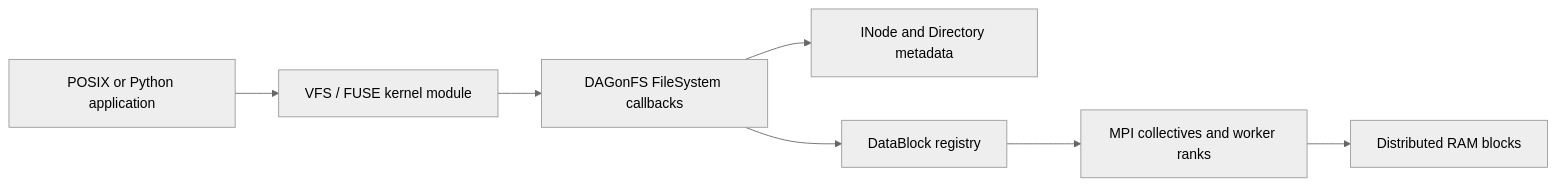
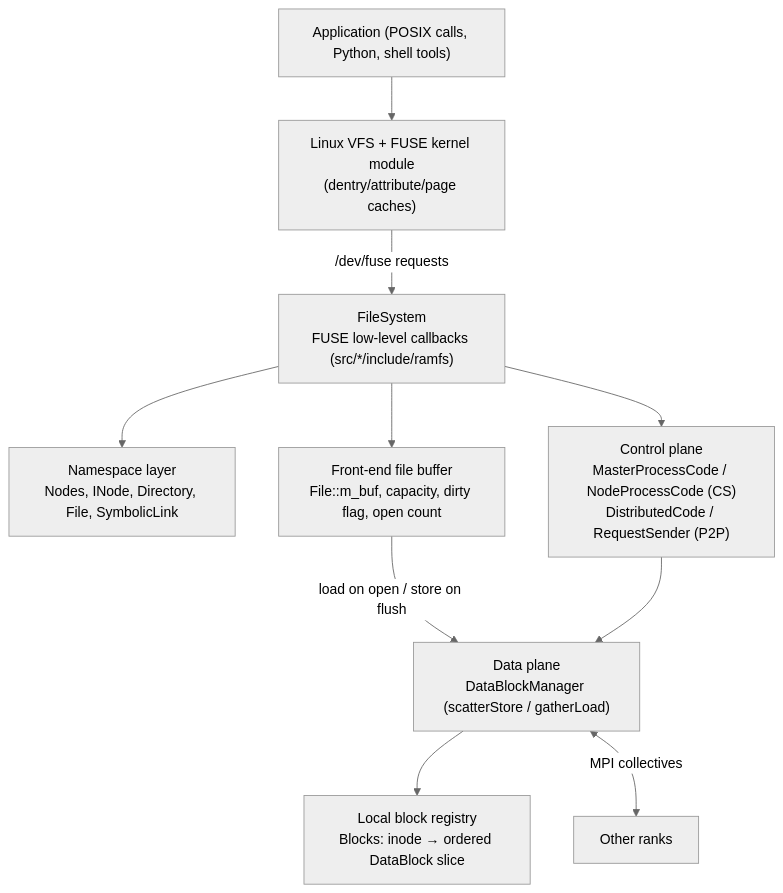
Before and after one commit to DagOnStar/DAGonFS: the second of 5 diagrams in docs/ARCHITECTURE.md, drawn with Mermaid (neutral theme). The commit also changed other lines of this file and 72 other files, not shown here.

First line of the commit message:
Fix data-plane memory safety, FUSE protocol and POSIX defects; add docs, tests and CI

````diff
--- a/docs/ARCHITECTURE.md
+++ b/docs/ARCHITECTURE.md
@@ -20,9 +36,12 @@
 ```mermaid
-flowchart LR
-    App["POSIX or Python application"] --> Kernel["VFS / FUSE kernel module"]
-    Kernel --> FS["DAGonFS FileSystem callbacks"]
-    FS --> Meta["INode and Directory metadata"]
-    FS --> Blocks["DataBlock registry"]
-    Blocks --> MPI["MPI collectives and worker ranks"]
-    MPI --> RAM["Distributed RAM blocks"]
+flowchart TB
+    App["Application (POSIX calls, Python, shell tools)"] --> VFS["Linux VFS + FUSE kernel module<br/>(dentry/attribute/page caches)"]
+    VFS -- "/dev/fuse requests" --> FS["FileSystem<br/>FUSE low-level callbacks (src/*/include/ramfs)"]
+    FS --> NS["Namespace layer<br/>Nodes, INode, Directory, File, SymbolicLink"]
+    FS --> FB["Front-end file buffer<br/>File::m_buf, capacity, dirty flag, open count"]
+    FB -- "load on open / store on flush" --> DP["Data plane<br/>DataBlockManager (scatterStore / gatherLoad)"]
+    DP --> REG["Local block registry<br/>Blocks: inode → ordered DataBlock slice"]
+    DP <-- "MPI collectives" --> NET["Other ranks"]
+    CP["Control plane<br/>MasterProcessCode / NodeProcessCode (CS)<br/>DistributedCode / RequestSender (P2P)"] --> DP
+    FS --> CP
 ```
````
